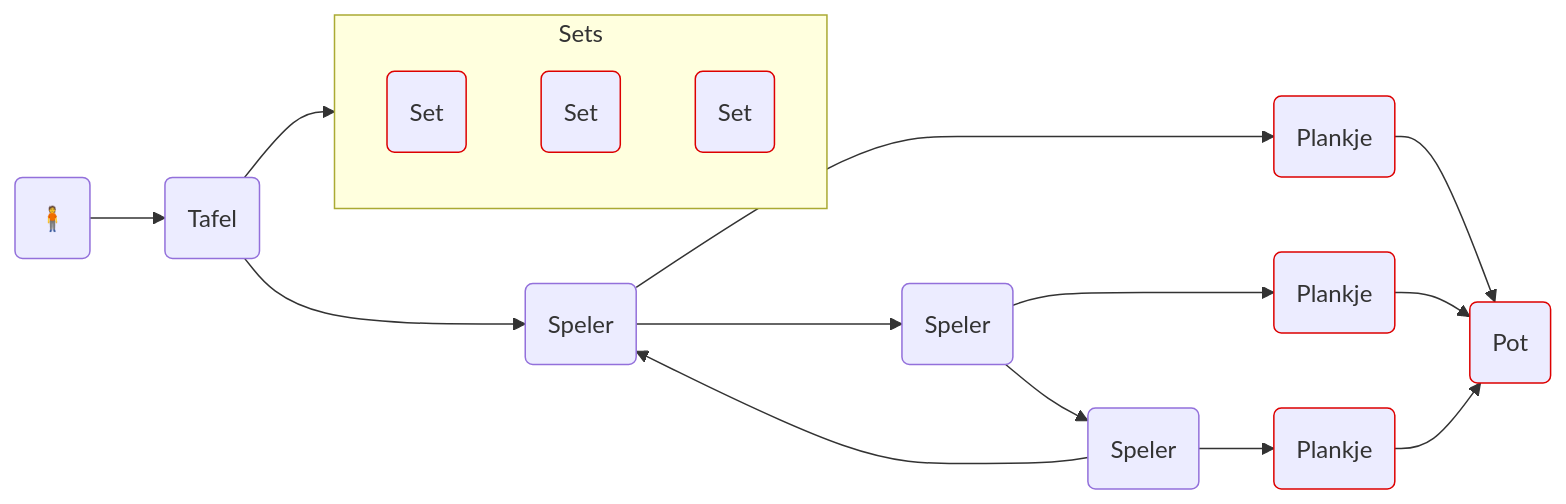
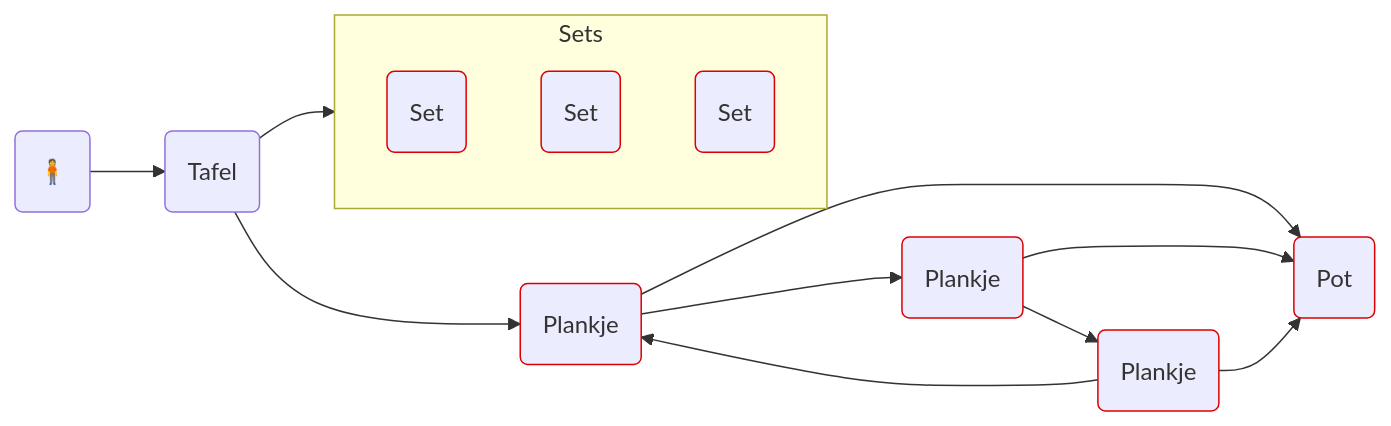
One commit to psvansluis/rummikub changed the second of 2 diagrams in overzichtObjecten.md. Above: the diagram before and after it, drawn with Mermaid. The commit also changed other lines of this file, not shown here.

````diff
--- a/overzichtObjecten.md
+++ b/overzichtObjecten.md
@@ -35,39 +32,27 @@
 ```mermaid
 flowchart LR
 
 AGENT("🧍")
 TAFEL("Tafel")
-
-
-SPELER1("Speler")
 PLANKJE1("Plankje"):::heeftStenen
-
-SPELER2("Speler")
 PLANKJE2("Plankje"):::heeftStenen
-
-SPELER3("Speler")
 PLANKJE3("Plankje"):::heeftStenen
-
-
 POT("Pot"):::heeftStenen
 subgraph Sets
 SET1("Set"):::heeftStenen
 SET2("Set"):::heeftStenen
 SET3("Set"):::heeftStenen
 end
 
 AGENT-->TAFEL
-TAFEL-->SPELER1
+TAFEL-->PLANKJE1
 TAFEL-->Sets
-SPELER1-->PLANKJE1
-SPELER2-->PLANKJE2
-SPELER3-->PLANKJE3
-SPELER1-->SPELER2
-SPELER2-->SPELER3
-SPELER3-->SPELER1
+PLANKJE1-->PLANKJE2
+PLANKJE2-->PLANKJE3
+PLANKJE3-->PLANKJE1
 PLANKJE1-->POT
 PLANKJE2-->POT
 PLANKJE3-->POT
 
 classDef heeftStenen stroke:#d00
 ```
````
